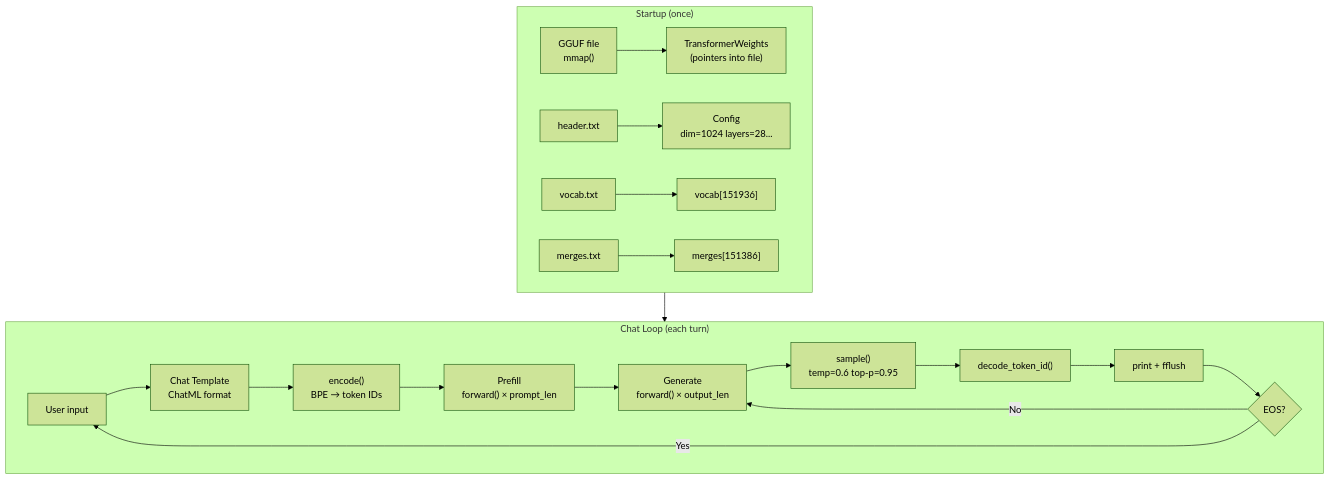
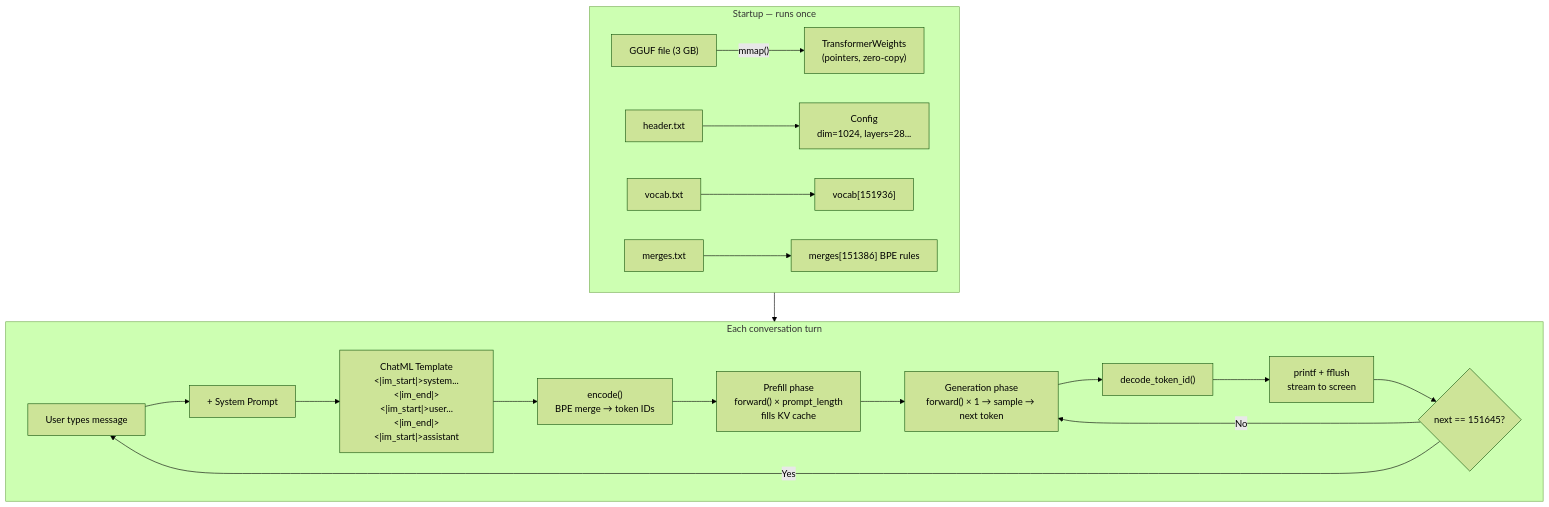
One commit to thefirehacker/QWEN3-RunLocally changed diagram 11 of 11 in repos/blog/qwen3.c.md. Above: the diagram before and after it, drawn with Mermaid (forest theme). The commit also changed other lines of this file and 1 other file, not shown here.

````diff
--- a/repos/blog/qwen3.c.md
+++ b/repos/blog/qwen3.c.md
@@ -549,24 +1000,24 @@
 ```{mermaid}
 flowchart TD
-    subgraph startup ["Startup (once)"]
-        GF["GGUF file\nmmap()"] --> TW["TransformerWeights\n(pointers into file)"]
-        HT["header.txt"] --> CFG["Config\ndim=1024 layers=28..."]
+    subgraph startup ["Startup — runs once"]
+        G["GGUF file (3 GB)"] -- "mmap()" --> TW["TransformerWeights\n(pointers, zero-copy)"]
+        HT["header.txt"] --> CFG["Config\ndim=1024, layers=28..."]
         VT["vocab.txt"] --> VOC["vocab[151936]"]
-        MT["merges.txt"] --> MRG["merges[151386]"]
+        MT["merges.txt"] --> MRG["merges[151386] BPE rules"]
     end
 
-    subgraph chatloop ["Chat Loop (each turn)"]
-        UI["User input"] --> CT["Chat Template\nChatML format"]
-        CT --> ENC["encode()\nBPE → token IDs"]
-        ENC --> PF["Prefill\nforward() × prompt_len"]
-        PF --> GEN["Generate\nforward() × output_len"]
-        GEN --> SAM["sample()\ntemp=0.6 top-p=0.95"]
-        SAM --> DEC["decode_token_id()"]
-        DEC --> OUT["print + fflush"]
-        OUT --> EOS{EOS?}
+    subgraph turn ["Each conversation turn"]
+        UI["User types message"] --> SYS["+ System Prompt"]
+        SYS --> TPL["ChatML Template\n<|im_start|>system...<|im_end|>\n<|im_start|>user...<|im_end|>\n<|im_start|>assistant\n"]
+        TPL --> ENC["encode()\nBPE merge → token IDs"]
+        ENC --> PF["Prefill phase\nforward() × prompt_length\nfills KV cache"]
+        PF --> GEN["Generation phase\nforward() × 1 → sample → next token"]
+        GEN --> DEC["decode_token_id()"]
+        DEC --> PRINT["printf + fflush\nstream to screen"]
+        PRINT --> EOS{next == 151645?}
         EOS -- No --> GEN
         EOS -- Yes --> UI
     end
 
-    startup --> chatloop
+    startup --> turn
 ```
````
